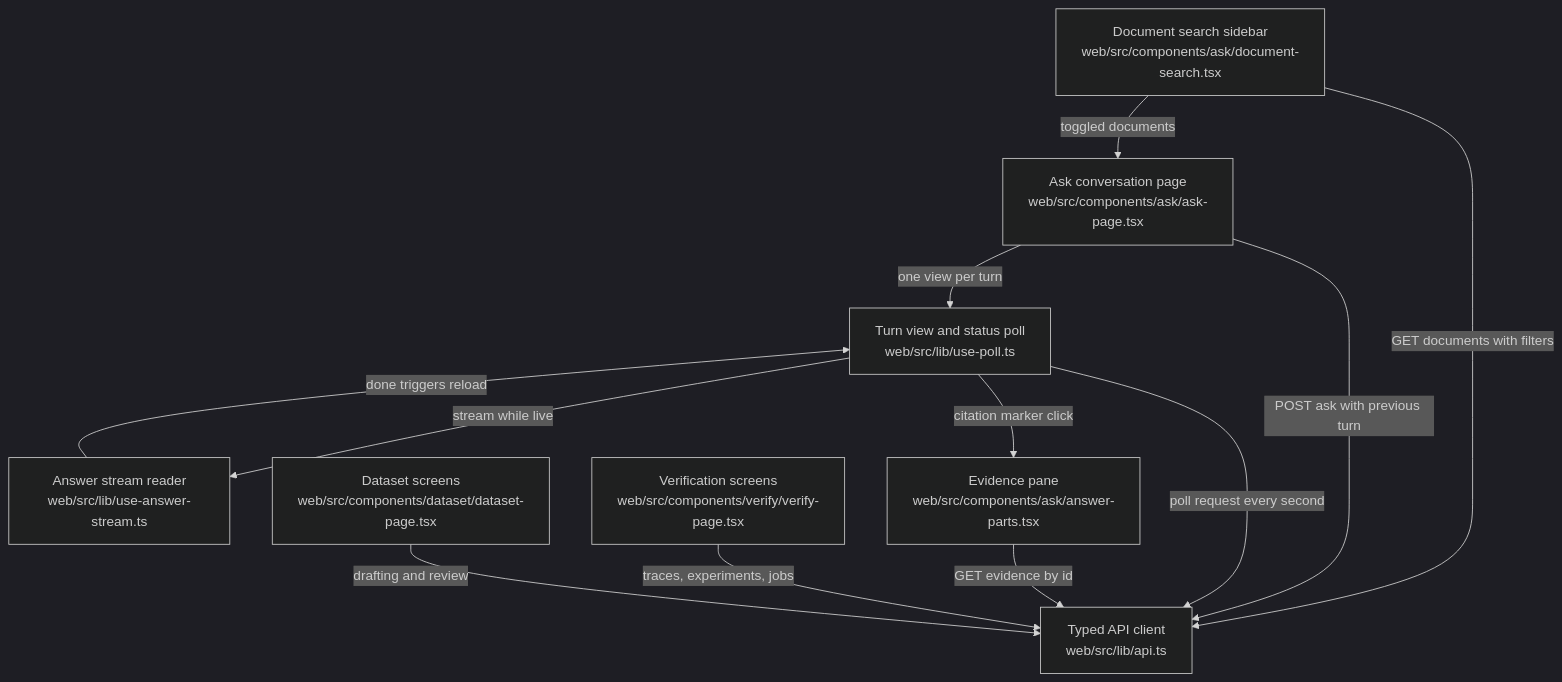
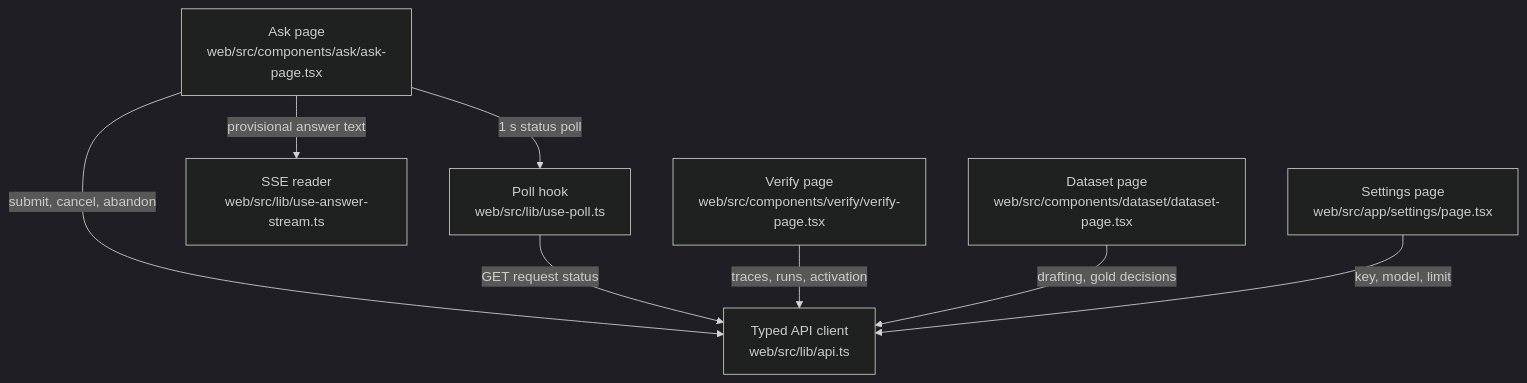
The diagram in .omm/overall-architecture/web-screens/diagram.mmd (littleeeeebit/project-codeit-mid), drawn with Mermaid (dark theme) before and after one commit. The commit also changed 538 other files, not shown here.

```diff
--- a/.omm/overall-architecture/web-screens/diagram.mmd
+++ b/.omm/overall-architecture/web-screens/diagram.mmd
@@ -1,20 +1,8 @@
 graph TD
-  api-client["Typed API client\nweb/src/lib/api.ts"]
-  ask-page["Ask conversation page\nweb/src/components/ask/ask-page.tsx"]
-  document-search["Document search sidebar\nweb/src/components/ask/document-search.tsx"]
-  turn-view["Turn view and status poll\nweb/src/lib/use-poll.ts"]
-  answer-stream["Answer stream reader\nweb/src/lib/use-answer-stream.ts"]
-  evidence-pane["Evidence pane\nweb/src/components/ask/answer-parts.tsx"]
-  verify-screens["Verification screens\nweb/src/components/verify/verify-page.tsx"]
-  dataset-screens["Dataset screens\nweb/src/components/dataset/dataset-page.tsx"]
-  document-search -->|toggled documents| ask-page
-  document-search -->|GET documents with filters| api-client
-  ask-page -->|POST ask with previous turn| api-client
-  ask-page -->|one view per turn| turn-view
-  turn-view -->|poll request every second| api-client
-  turn-view -->|stream while live| answer-stream
-  answer-stream -->|done triggers reload| turn-view
-  turn-view -->|citation marker click| evidence-pane
-  evidence-pane -->|GET evidence by id| api-client
-  verify-screens -->|traces, experiments, jobs| api-client
-  dataset-screens -->|drafting and review| api-client
+  ask-page["Ask page\nweb/src/components/ask/ask-page.tsx"] -->|"submit, cancel, abandon"| api-client["Typed API client\nweb/src/lib/api.ts"]
+  ask-page -->|"1 s status poll"| status-poll["Poll hook\nweb/src/lib/use-poll.ts"]
+  ask-page -->|"provisional answer text"| answer-stream["SSE reader\nweb/src/lib/use-answer-stream.ts"]
+  status-poll -->|"GET request status"| api-client
+  verify-page["Verify page\nweb/src/components/verify/verify-page.tsx"] -->|"traces, runs, activation"| api-client
+  dataset-page["Dataset page\nweb/src/components/dataset/dataset-page.tsx"] -->|"drafting, gold decisions"| api-client
+  settings-page["Settings page\nweb/src/app/settings/page.tsx"] -->|"key, model, limit"| api-client
```
